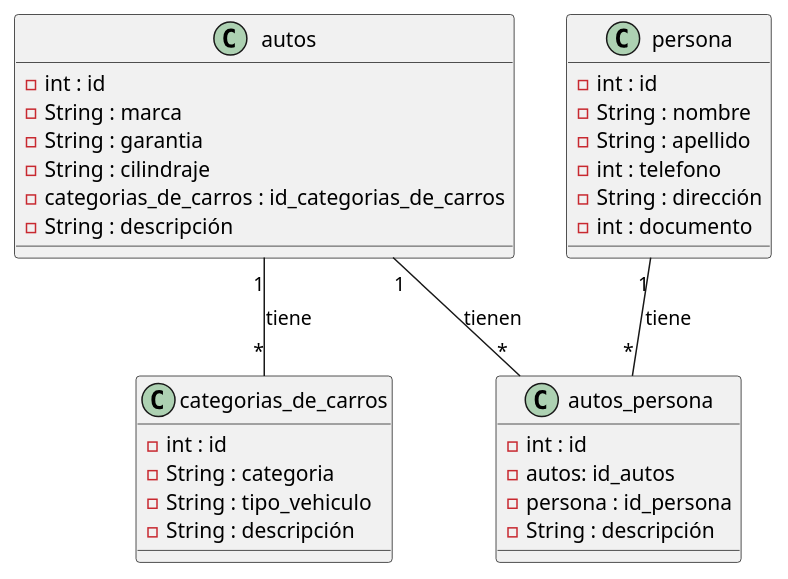
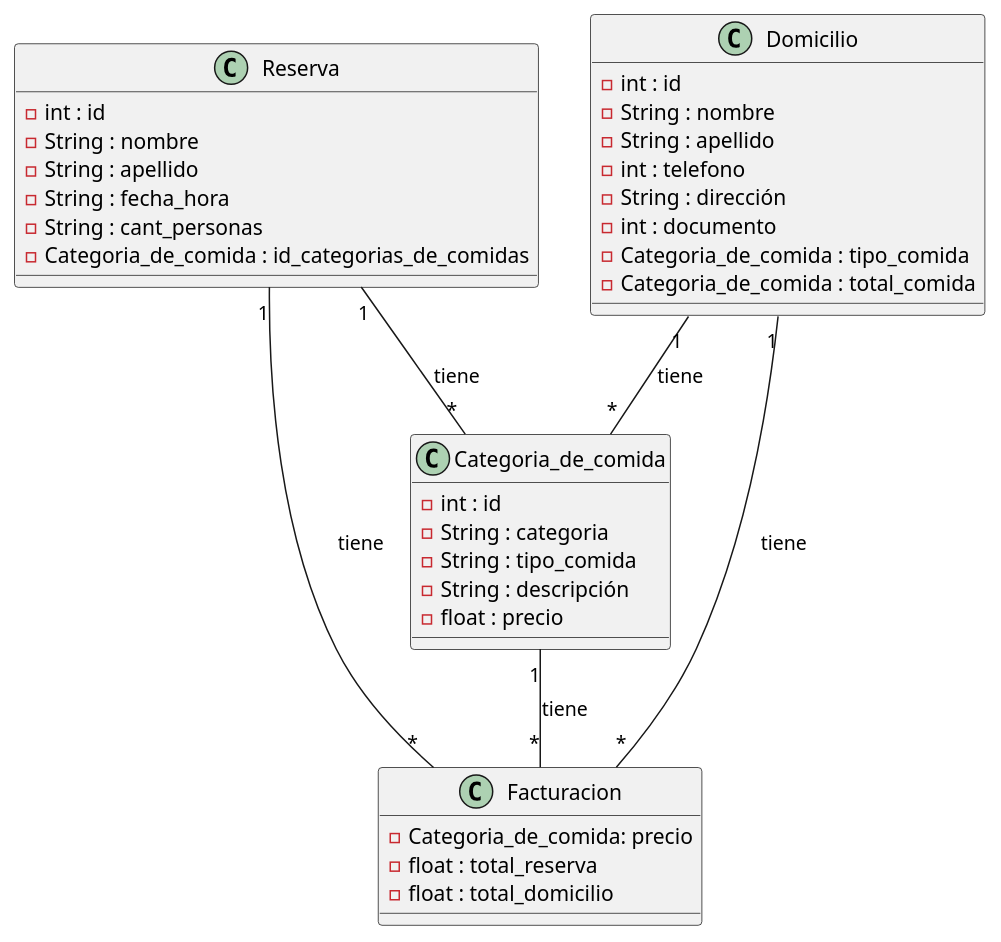
The diagram in jojo/base.wsd (VMbrand/ANDRES-BURGUER), drawn with PlantUML before and after one commit. The commit also changed 2 other files, not shown here.

```diff
--- a/jojo/base.wsd
+++ b/jojo/base.wsd
@@ -45,39 +45,43 @@
 @startuml BaseDatos
 
-class categorias_de_carros{
+class Categoria_de_comida{
     - int : id
     - String : categoria
-    - String : tipo_vehiculo
+    - String : tipo_comida
     - String : descripción
+    - float : precio
 }
 
-class autos{
-    - int : id
-    - String : marca
-    - String : garantia
-    - String : cilindraje
-    - categorias_de_carros : id_categorias_de_carros
-    - String : descripción
+class Facturacion{
+    - Categoria_de_comida: precio
+    - float : total_reserva
+    - float : total_domicilio
 }
 
-class persona{
+class Reserva{
+    - int : id
+    - String : nombre
+    - String : apellido
+    - String : fecha_hora
+    - String : cant_personas
+    - Categoria_de_comida : id_categorias_de_comidas 
+}
+
+class Domicilio{
     - int : id
     - String : nombre
     - String : apellido
     - int : telefono
     - String : dirección
     - int : documento
+    - Categoria_de_comida : tipo_comida
+    - Categoria_de_comida : total_comida
 }
 
-class autos_persona{
-    - int : id
-    - autos: id_autos
-    - persona : id_persona
-    - String : descripción
-}
-
-persona "1" -- "*" autos_persona : tiene 
-autos "1" -- "*" categorias_de_carros : tiene 
-autos "1" -- "*" autos_persona: tienen
+Categoria_de_comida "1" -- "*" Facturacion : tiene
+Reserva "1" -- "*" Categoria_de_comida : tiene
+Domicilio "1" -- "*" Categoria_de_comida : tiene
+Reserva "1" -- "*" Facturacion : tiene
+Domicilio "1" -- "*" Facturacion : tiene
 
 @enduml
```
